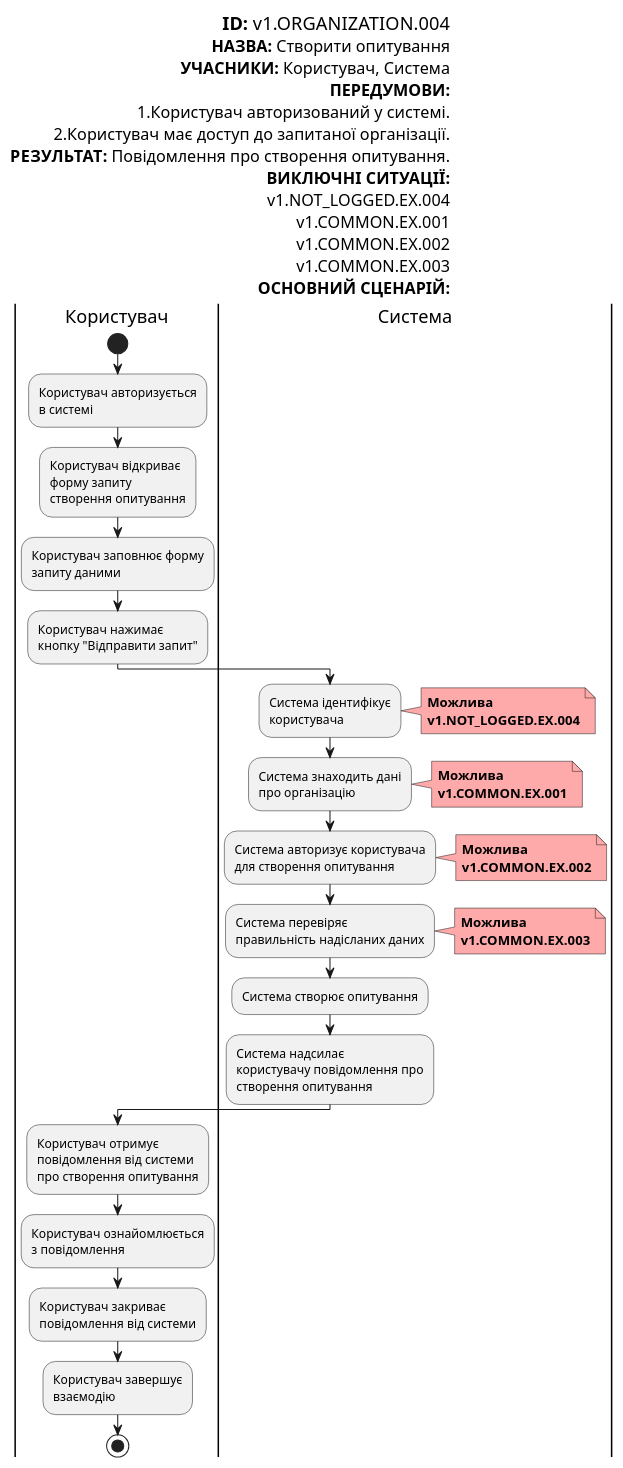
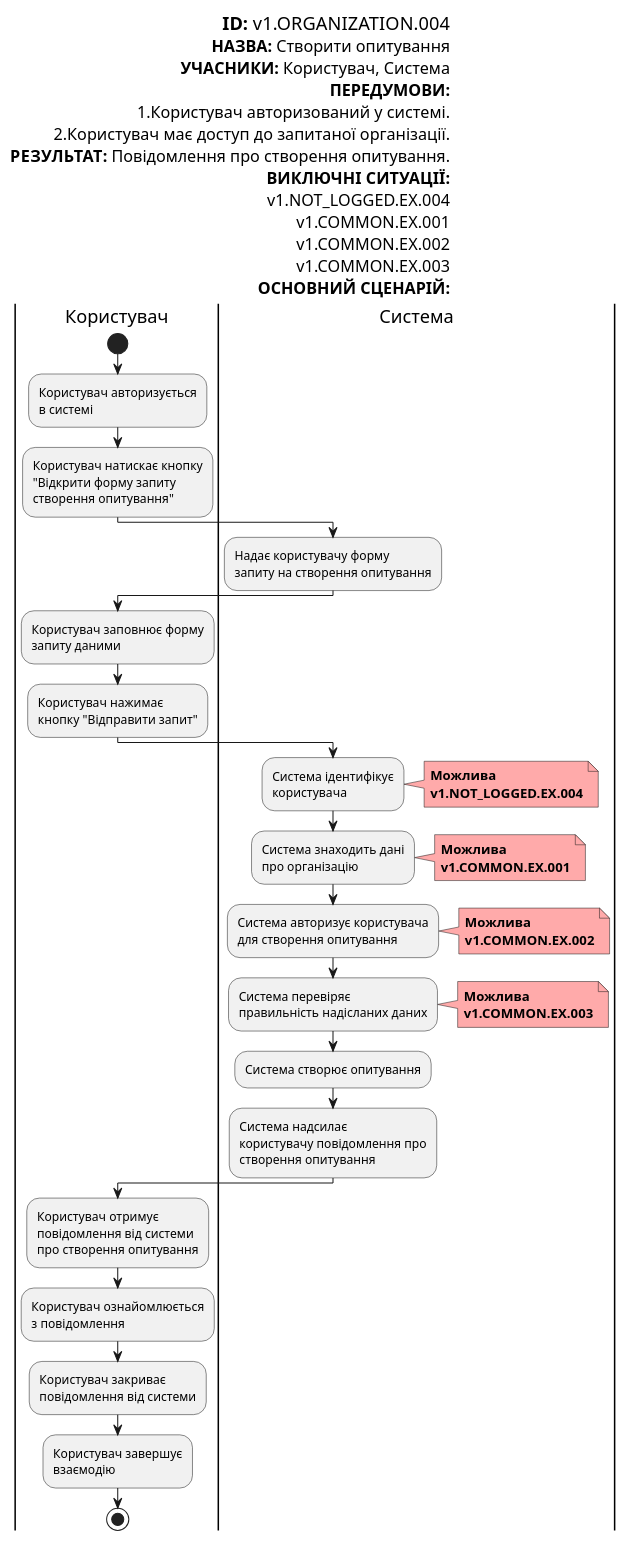
The ninth of 18 diagrams in docs/use cases/README.md (SergeyOcheretenko/survey-expert), drawn with PlantUML before and after one commit. The commit also changed other lines of this file, not shown here.

```diff
--- a/docs/use cases/README.md
+++ b/docs/use cases/README.md
@@ -513,10 +513,15 @@
           :Користувач авторизується
           в системі;
 
-          :Користувач відкриває
-          форму запиту
-          створення опитування;
-
+          :Користувач натискає кнопку
+          "Відкрити форму запиту
+          створення опитування";
+      
+      |Система|
+          :Надає користувачу форму
+          запиту на створення опитування;
+               
+      |Користувач|
           :Користувач заповнює форму
           запиту даними;
 
```
